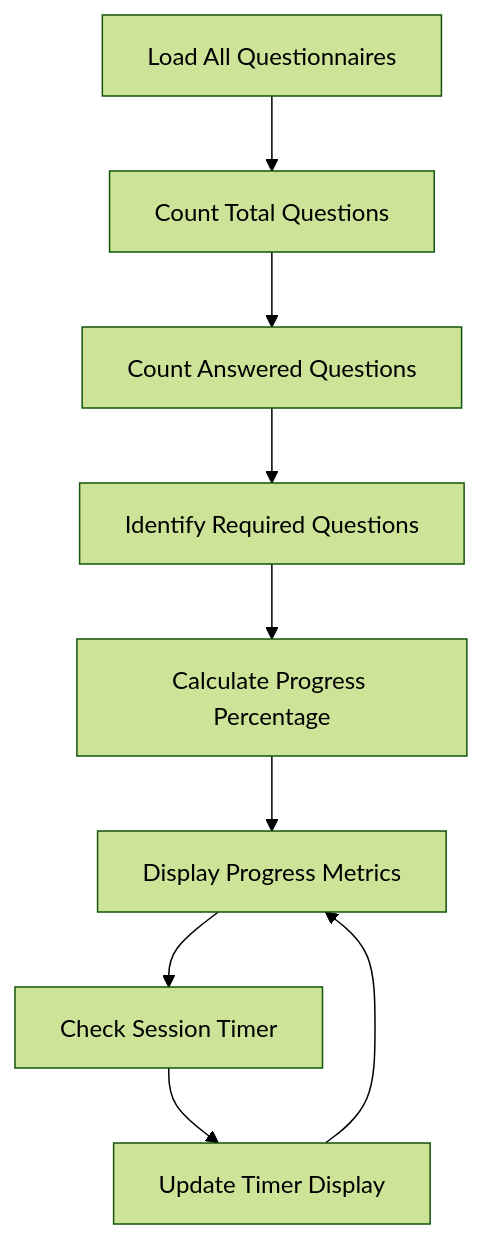
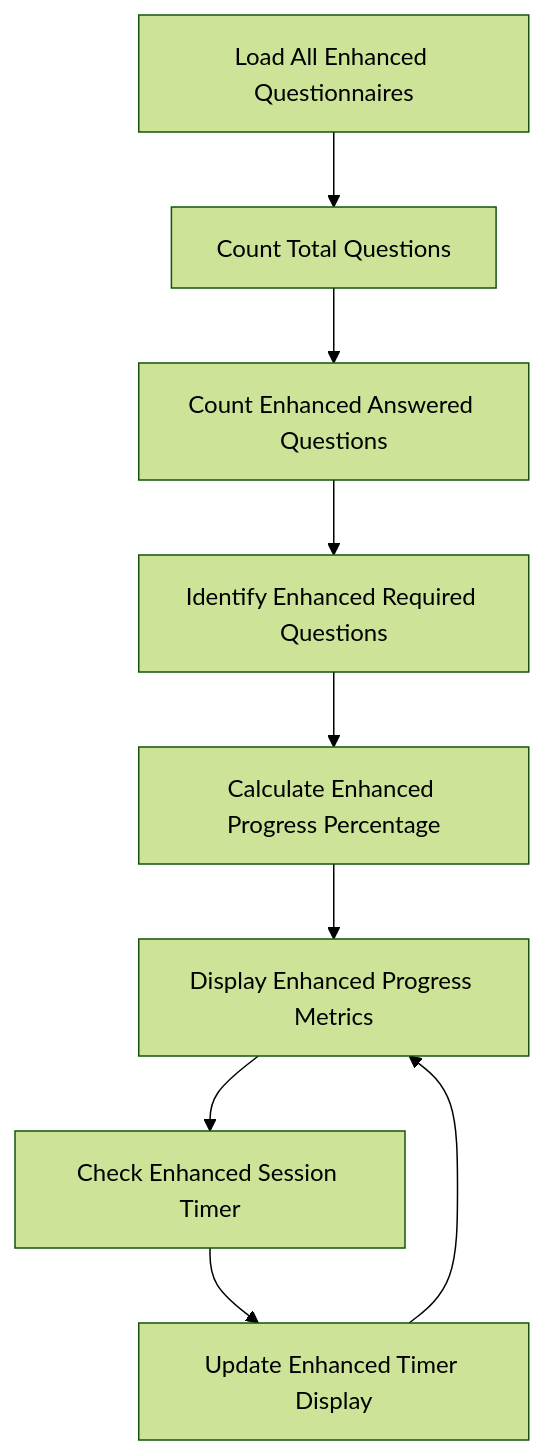
Before and after one commit to rudicatsmile/assesment360: the eighth of 9 diagrams in .qoder/repowiki/en/content/Core Features/Evaluation Workflows/Questionnaire Filling Interface.md, drawn with Mermaid (forest theme). The commit also changed other lines of this file and 6 other files, not shown here.

````diff
--- a/.qoder/repowiki/en/content/Core Features/Evaluation Workflows/Questionnaire Filling Interface.md
+++ b/.qoder/repowiki/en/content/Core Features/Evaluation Workflows/Questionnaire Filling Interface.md
@@ -486,11 +491,11 @@
 ```mermaid
 flowchart TD
-Load["Load All Questionnaires"] --> Count["Count Total Questions"]
-Count --> Answered["Count Answered Questions"]
-Answered --> Required["Identify Required Questions"]
-Required --> Calculate["Calculate Progress Percentage"]
-Calculate --> Display["Display Progress Metrics"]
-Display --> CheckTime["Check Session Timer"]
-CheckTime --> UpdateTimer["Update Timer Display"]
+Load["Load All Enhanced Questionnaires"] --> Count["Count Total Questions"]
+Count --> Answered["Count Enhanced Answered Questions"]
+Answered --> Required["Identify Enhanced Required Questions"]
+Required --> Calculate["Calculate Enhanced Progress Percentage"]
+Calculate --> Display["Display Enhanced Progress Metrics"]
+Display --> CheckTime["Check Enhanced Session Timer"]
+CheckTime --> UpdateTimer["Update Enhanced Timer Display"]
 UpdateTimer --> Display
 ```
````
